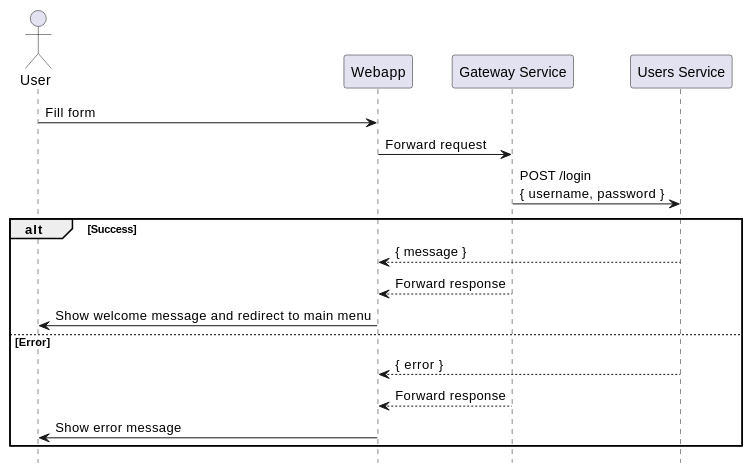
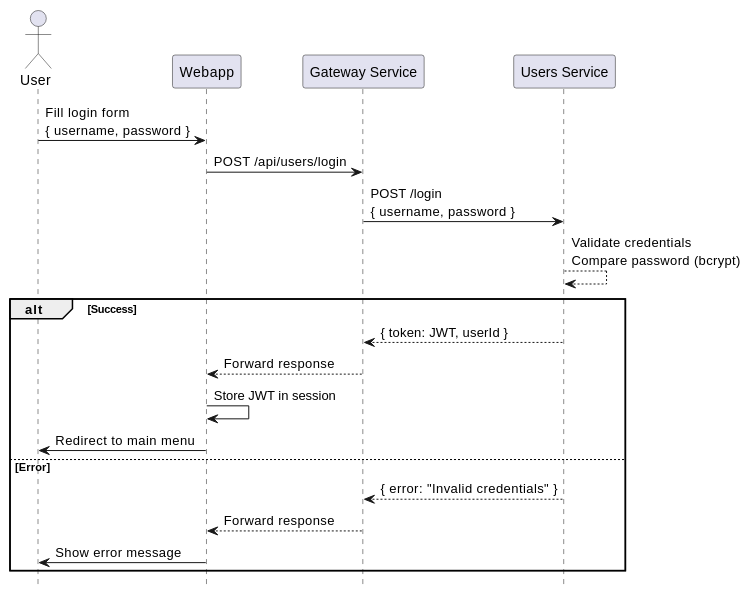
The second of 3 diagrams in docs/src/06_runtime_view.adoc (Arquisoft/yovi_en3a), drawn with PlantUML before and after one commit. The commit also changed other lines of this file and 10 other files, not shown here.

```diff
--- a/docs/src/06_runtime_view.adoc
+++ b/docs/src/06_runtime_view.adoc
@@ -75,23 +75,25 @@
-[plantuml,"Sequence diagram - Login ",png]
+[plantuml,"Sequence diagram - Login",png]
 ----
 hide footbox
 
 actor User
 participant "Webapp" as Webapp
 participant "Gateway Service" as Gateway
 participant "Users Service" as Service
 
-User -> Webapp : Fill form
-Webapp -> Gateway : Forward request
+User -> Webapp : Fill login form\n{ username, password }
+Webapp -> Gateway : POST /api/users/login
 Gateway -> Service : POST /login\n{ username, password }
+Service --> Service : Validate credentials\nCompare password (bcrypt)
 
 alt Success
-    Service --> Webapp : { message }
+    Service --> Gateway : { token: JWT, userId }
     Gateway --> Webapp : Forward response
-    Webapp -> User : Show welcome message and redirect to main menu
+    Webapp -> Webapp : Store JWT in session
+    Webapp -> User : Redirect to main menu
 else Error
-    Service --> Webapp : { error }
+    Service --> Gateway : { error: "Invalid credentials" }
     Gateway --> Webapp : Forward response
     Webapp -> User : Show error message
 end
 ----
```
